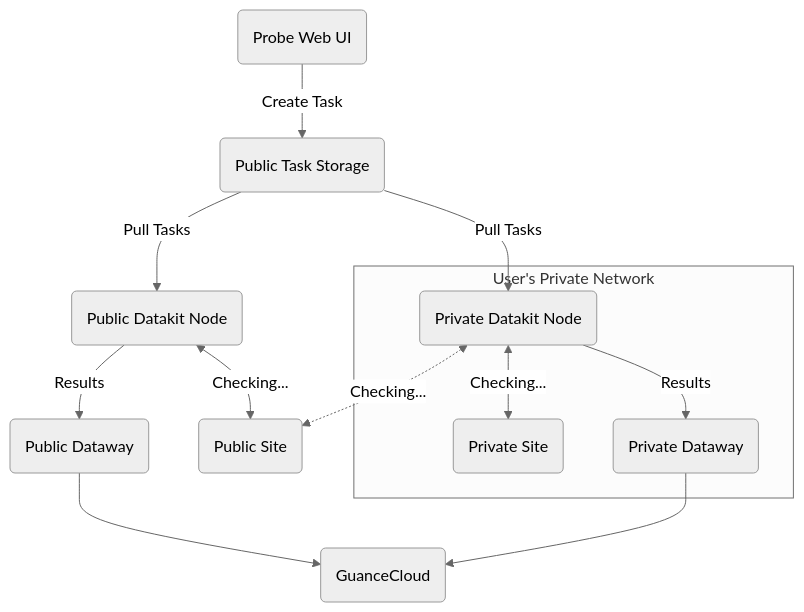
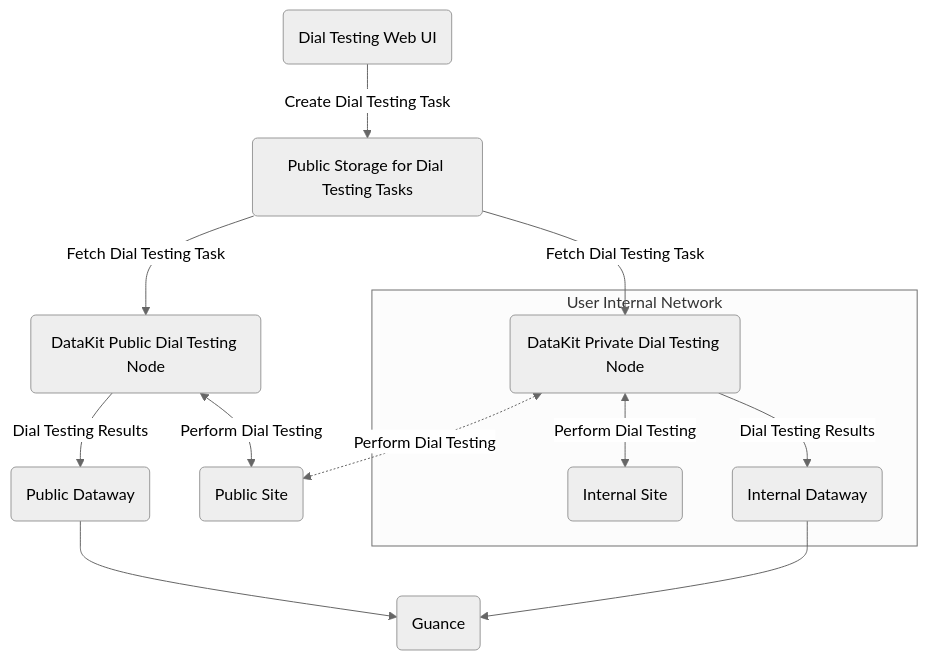
One commit to GuanceCloud/guance-docs changed the diagram in docs/en/integrations/dialtesting.md. Above: the diagram before and after it, drawn with Mermaid (neutral theme). The commit also changed other lines of this file and 11247 other files, not shown here.

````diff
--- a/docs/en/integrations/dialtesting.md
+++ b/docs/en/integrations/dialtesting.md
@@ -141,26 +142,27 @@
 ```mermaid
 graph TD
   %% node definitions
-  dt_web(Probe Web UI)
-  dt_db(Public Task Storage)
-  dt_pub(Public Datakit Node)
-  dt_pri(Private Datakit Node)
-  site_inner(Private Site)
-  site_pub(Public Site)
-  dw_inner(Private Dataway)
-  dw_pub(Public Dataway)
-  guance(GuanceCloud)
+  dt_web(Dial Testing Web UI);
+  dt_db(Public Storage for Dial Testing Tasks);
+  dt_pub(DataKit Public Dial Testing Node);
+  dt_pri(DataKit Private Dial Testing Node);
+  site_inner(Internal Site);
+  site_pub(Public Site);
+  dw_inner(Internal Dataway);
+  dw_pub(Public Dataway);
+  guance(Guance);
 
-  %%%%%%%%%%%%%%%%%%%%%%%%%%%%%%%%
-  dt_web -->|Create Task| dt_db;
-  dt_db -->|Pull Tasks| dt_pub -->|Results| dw_pub --> guance;
-  dt_db -->|Pull Tasks| dt_pri;
-  dt_pub <-->|Checking...| site_pub;
+  %%%%%%%%%%%%%%%%%%%%%%%%%%%%%%%
 
-  dt_pri <-.->|Checking...| site_pub;
+  dt_web -->|Create Dial Testing Task| dt_db;
+  dt_db -->|Fetch Dial Testing Task| dt_pub -->|Dial Testing Results| dw_pub --> guance;
+  dt_db -->|Fetch Dial Testing Task| dt_pri;
+  dt_pub <-->|Perform Dial Testing| site_pub;
+
+  dt_pri <-.->|Perform Dial Testing| site_pub;
   dw_inner --> guance;
-  subgraph "User's Private Network"
-  dt_pri <-->|Checking...| site_inner;
-  dt_pri -->|Results| dw_inner;
+  subgraph "User Internal Network"
+  dt_pri <-->|Perform Dial Testing| site_inner;
+  dt_pri -->|Dial Testing Results| dw_inner;
   end
 ```
````
